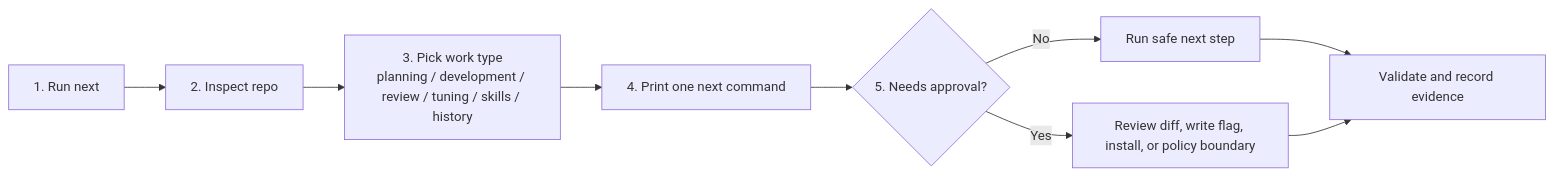
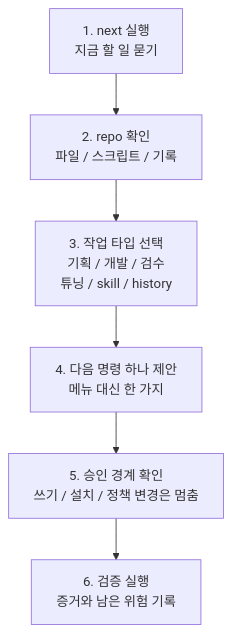
Before and after one commit to youngtae7280/repo-harness-tuner: the diagram in README.md, drawn with Mermaid. The commit also changed other lines of this file and 5 other files, not shown here.

````diff
--- a/README.md
+++ b/README.md
@@ -31,11 +28,8 @@
 ```mermaid
-flowchart LR
-    A["1. Run next"] --> B["2. Inspect repo"]
-    B --> C["3. Pick work type<br/>planning / development / review / tuning / skills / history"]
-    C --> D["4. Print one next command"]
-    D --> E{"5. Needs approval?"}
-    E -->|"No"| F["Run safe next step"]
-    E -->|"Yes"| G["Review diff, write flag, install, or policy boundary"]
-    F --> H["Validate and record evidence"]
-    G --> H
+flowchart TD
+    A["1. next 실행<br/>지금 할 일 묻기"] --> B["2. repo 확인<br/>파일 / 스크립트 / 기록"]
+    B --> C["3. 작업 타입 선택<br/>기획 / 개발 / 검수<br/>튜닝 / skill / history"]
+    C --> D["4. 다음 명령 하나 제안<br/>메뉴 대신 한 가지"]
+    D --> E["5. 승인 경계 확인<br/>쓰기 / 설치 / 정책 변경은 멈춤"]
+    E --> F["6. 검증 실행<br/>증거와 남은 위험 기록"]
 ```
````
